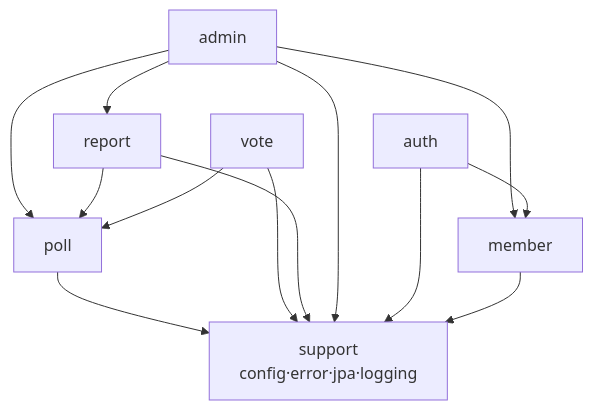
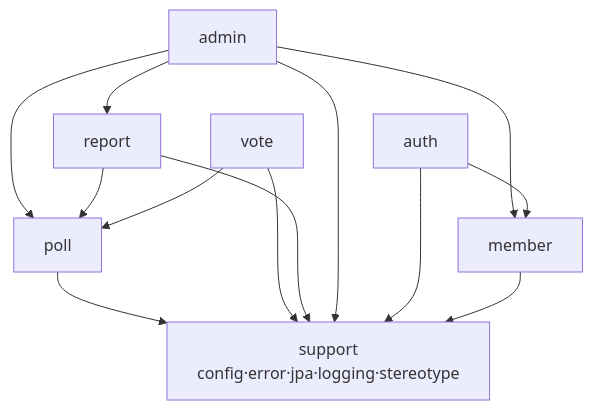
The second of 3 diagrams in docs/아키텍처.md (kwakseobang/AuDDum), drawn with Mermaid before and after one commit. The commit also changed other lines of this file and 10 other files, not shown here.

````diff
--- a/docs/아키텍처.md
+++ b/docs/아키텍처.md
@@ -40,16 +40,16 @@
 ```mermaid
 flowchart TD
     admin --> report
     admin --> poll
     admin --> member
     report --> poll
     vote --> poll
     auth --> member
     poll --> support
     vote --> support
     report --> support
     admin --> support
     auth --> support
     member --> support
-    support["support<br/>config·error·jpa·logging"]
+    support["support<br/>config·error·jpa·logging·stereotype"]
 ```
````
